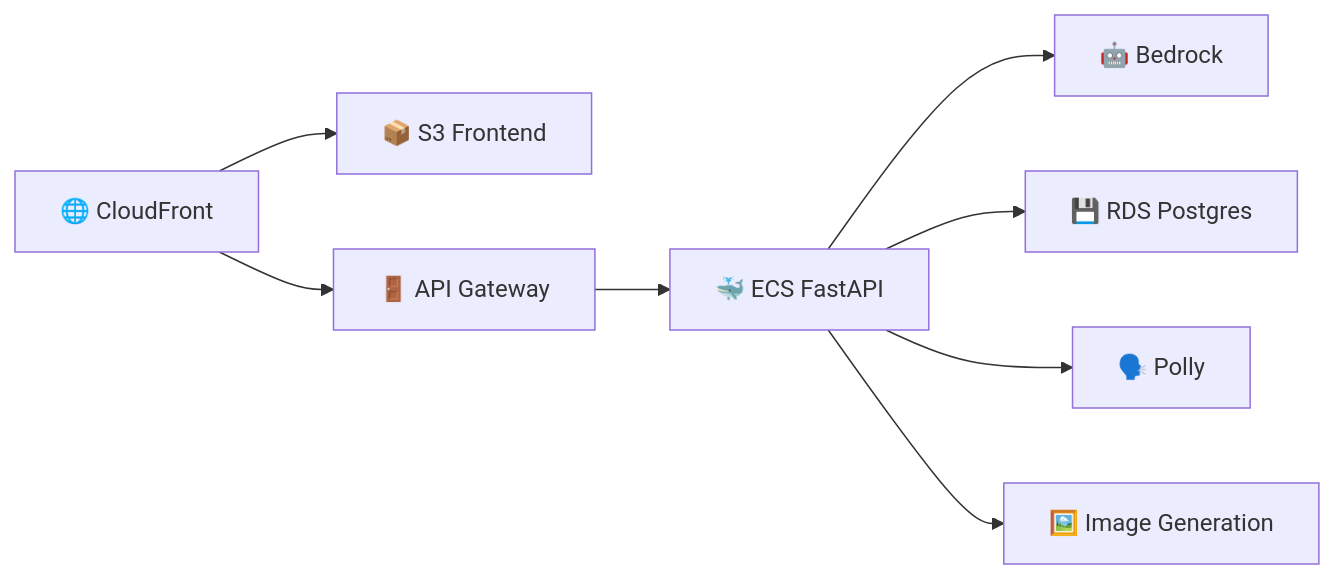
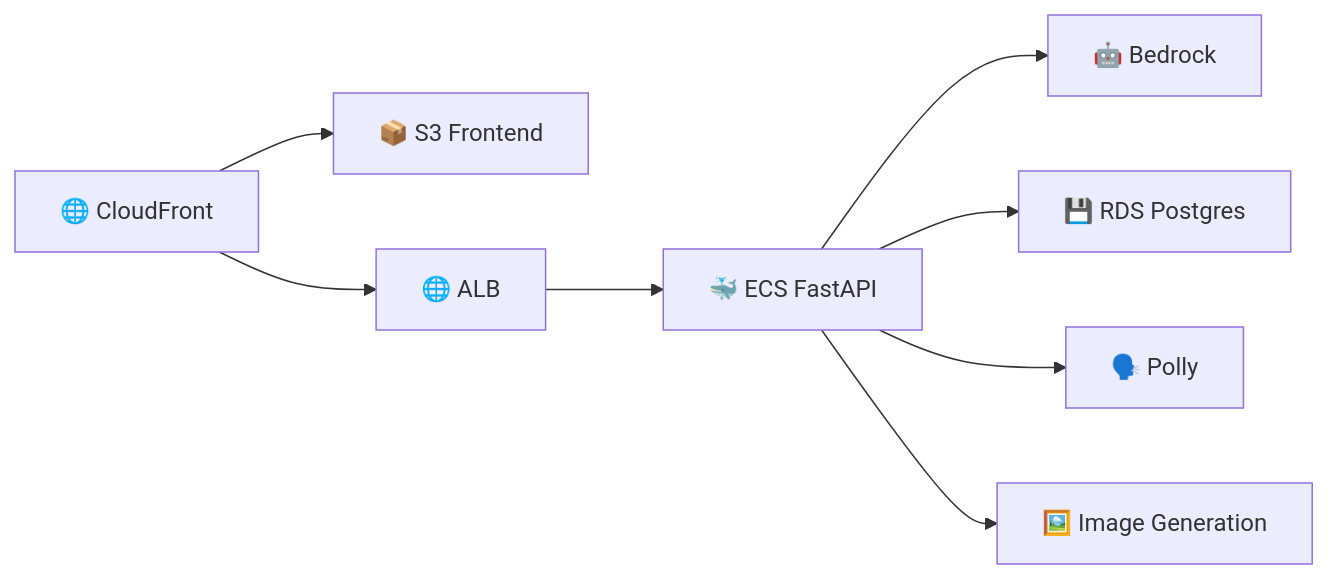
The first of 4 diagrams in aws/AWS-Tech-Specs-v2.md (danielwohlgemuth/free-genai-bootcamp-2025), drawn with Mermaid before and after one commit. The commit also changed other lines of this file, not shown here.

````diff
--- a/aws/AWS-Tech-Specs-v2.md
+++ b/aws/AWS-Tech-Specs-v2.md
@@ -41,10 +44,10 @@
 ```mermaid
 graph LR
     CloudFront[🌐 CloudFront] --> S3_Frontend[📦 S3 Frontend]
-    CloudFront --> API_Gateway[🚪 API Gateway]
-    API_Gateway --> ECS_FastAPI[🐳 ECS FastAPI]
+    CloudFront --> ALB[🌐 ALB]
+    ALB --> ECS_FastAPI[🐳 ECS FastAPI]
     ECS_FastAPI --> Bedrock[🤖 Bedrock]
     ECS_FastAPI --> RDS_Postgres[💾 RDS Postgres]
     ECS_FastAPI --> Polly[🗣️ Polly]
     ECS_FastAPI --> Image_Generation[🖼️ Image Generation]
 ```
````
